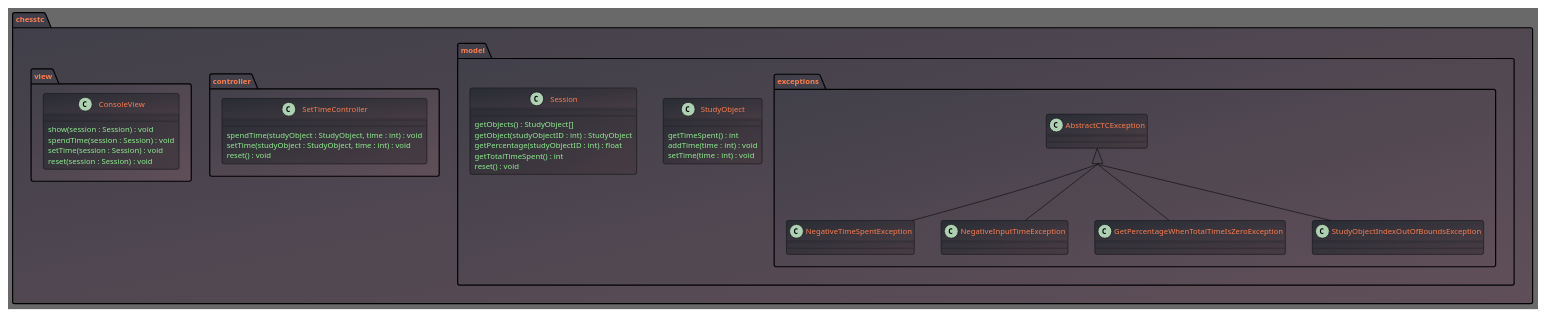
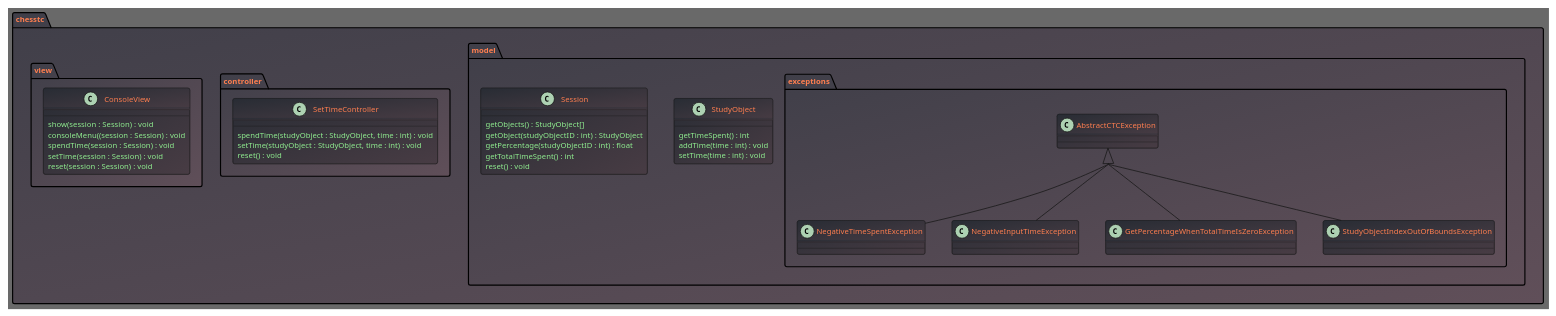
One commit to Sttanyanz/chess-training-control changed the diagram in ctc.puml. Above: the diagram before and after it, drawn with PlantUML.

Commit message:
docs: add new console view method

```diff
--- a/ctc.puml
+++ b/ctc.puml
@@ -1,64 +1,65 @@
 @startuml
 skinparam defaultFontSize 10
 skinparam BackgroundColor DimGray
 skinparam ClassAttributeFontColor LightGreen
 skinparam PackageFontColor coral
 skinparam ClassFontColor coral
 skinparam package {
 BackgroundColor #403F49/#604F59
 }
 skinparam class {
 BackgroundColor #282C34/#483C44
 }
 skinparam groupInheritance 4
 
 package chesstc {
     package model {
         package exceptions {
             class AbstractCTCException
             class NegativeTimeSpentException
             class NegativeInputTimeException
             class GetPercentageWhenTotalTimeIsZeroException
             class StudyObjectIndexOutOfBoundsException
 
             AbstractCTCException <|-- NegativeInputTimeException
             AbstractCTCException <|-- NegativeTimeSpentException
             AbstractCTCException <|-- GetPercentageWhenTotalTimeIsZeroException
             AbstractCTCException <|-- StudyObjectIndexOutOfBoundsException
         }
 
         class StudyObject {
             getTimeSpent() : int
             addTime(time : int) : void
             setTime(time : int) : void
         }
 
         class Session {
             getObjects() : StudyObject[]
             getObject(studyObjectID : int) : StudyObject
             getPercentage(studyObjectID : int) : float
             getTotalTimeSpent() : int
             reset() : void
         }
 
     }
 
     package controller {
         class SetTimeController {
             spendTime(studyObject : StudyObject, time : int) : void
             setTime(studyObject : StudyObject, time : int) : void
             reset() : void
         }
     }
 
     package view {
         class ConsoleView {
             show(session : Session) : void
+            consoleMenu((session : Session) : void
             spendTime(session : Session) : void
             setTime(session : Session) : void
             reset(session : Session) : void
         }
     }
 }
 
 @enduml
```
